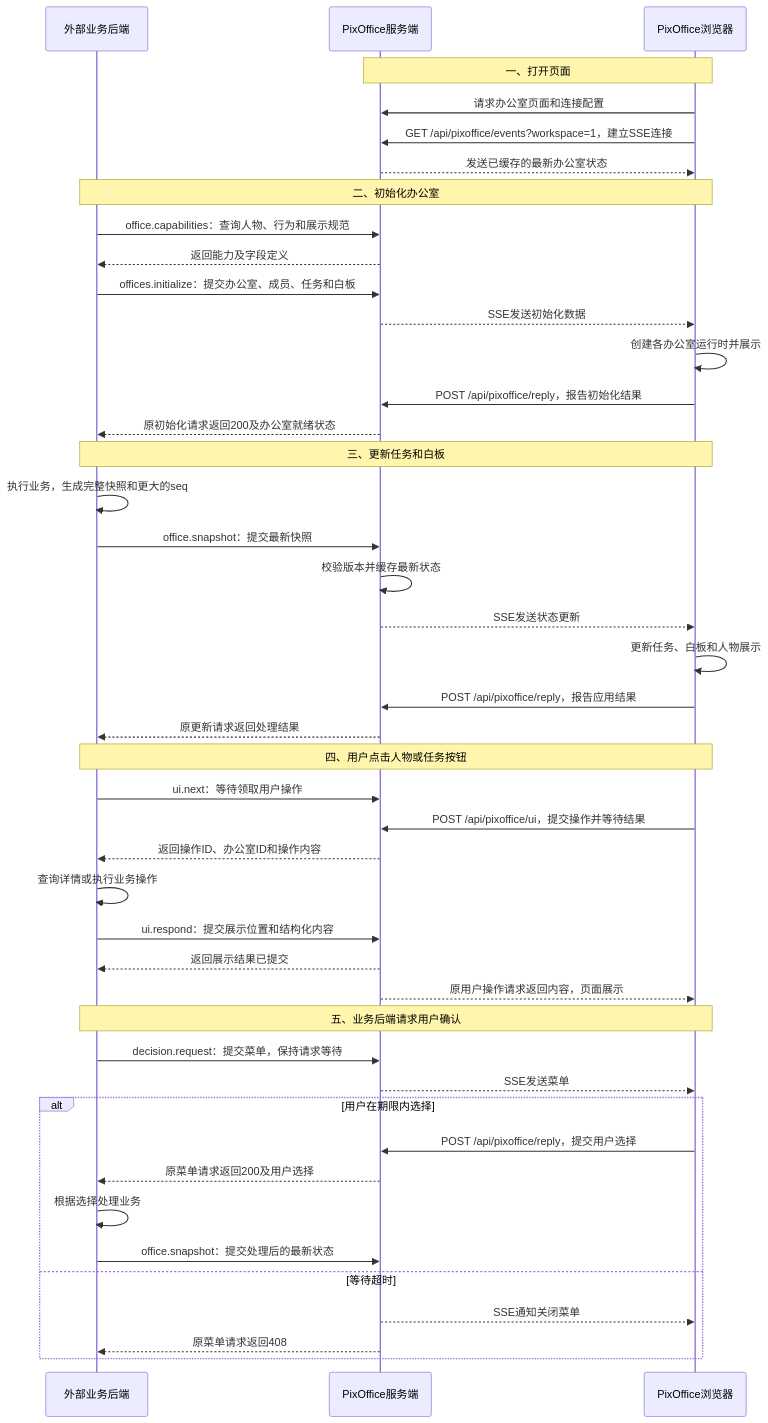
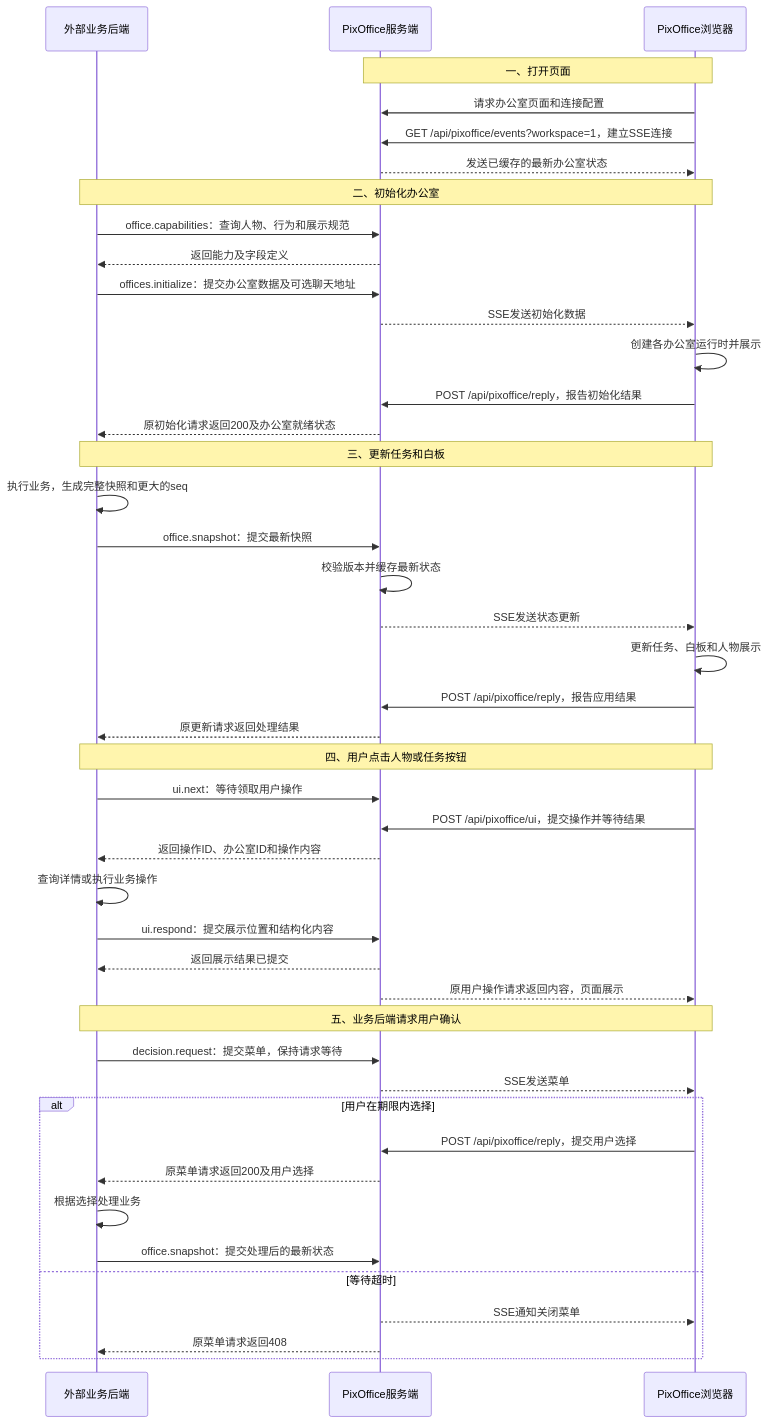
Before and after one commit to workbzw/pixoffice: the first of 2 diagrams in integration/docs/office-integration.md, drawn with Mermaid. The commit also changed other lines of this file and 16 other files, not shown here.

````diff
--- a/integration/docs/office-integration.md
+++ b/integration/docs/office-integration.md
@@ -27,51 +27,51 @@
 ```mermaid
 sequenceDiagram
     participant E as 外部业务后端
     participant S as PixOffice服务端
     participant B as PixOffice浏览器
 
     Note over S,B: 一、打开页面
     B->>S: 请求办公室页面和连接配置
     B->>S: GET /api/pixoffice/events?workspace=1，建立SSE连接
     S-->>B: 发送已缓存的最新办公室状态
 
     Note over E,B: 二、初始化办公室
     E->>S: office.capabilities：查询人物、行为和展示规范
     S-->>E: 返回能力及字段定义
-    E->>S: offices.initialize：提交办公室、成员、任务和白板
+    E->>S: offices.initialize：提交办公室数据及可选聊天地址
     S-->>B: SSE发送初始化数据
     B->>B: 创建各办公室运行时并展示
     B->>S: POST /api/pixoffice/reply，报告初始化结果
     S-->>E: 原初始化请求返回200及办公室就绪状态
 
     Note over E,B: 三、更新任务和白板
     E->>E: 执行业务，生成完整快照和更大的seq
     E->>S: office.snapshot：提交最新快照
     S->>S: 校验版本并缓存最新状态
     S-->>B: SSE发送状态更新
     B->>B: 更新任务、白板和人物展示
     B->>S: POST /api/pixoffice/reply，报告应用结果
     S-->>E: 原更新请求返回处理结果
 
     Note over E,B: 四、用户点击人物或任务按钮
     E->>S: ui.next：等待领取用户操作
     B->>S: POST /api/pixoffice/ui，提交操作并等待结果
     S-->>E: 返回操作ID、办公室ID和操作内容
     E->>E: 查询详情或执行业务操作
     E->>S: ui.respond：提交展示位置和结构化内容
     S-->>E: 返回展示结果已提交
     S-->>B: 原用户操作请求返回内容，页面展示
 
     Note over E,B: 五、业务后端请求用户确认
     E->>S: decision.request：提交菜单，保持请求等待
     S-->>B: SSE发送菜单
     alt 用户在期限内选择
         B->>S: POST /api/pixoffice/reply，提交用户选择
         S-->>E: 原菜单请求返回200及用户选择
         E->>E: 根据选择处理业务
         E->>S: office.snapshot：提交处理后的最新状态
     else 等待超时
         S-->>B: SSE通知关闭菜单
         S-->>E: 原菜单请求返回408
     end
 ```
````
